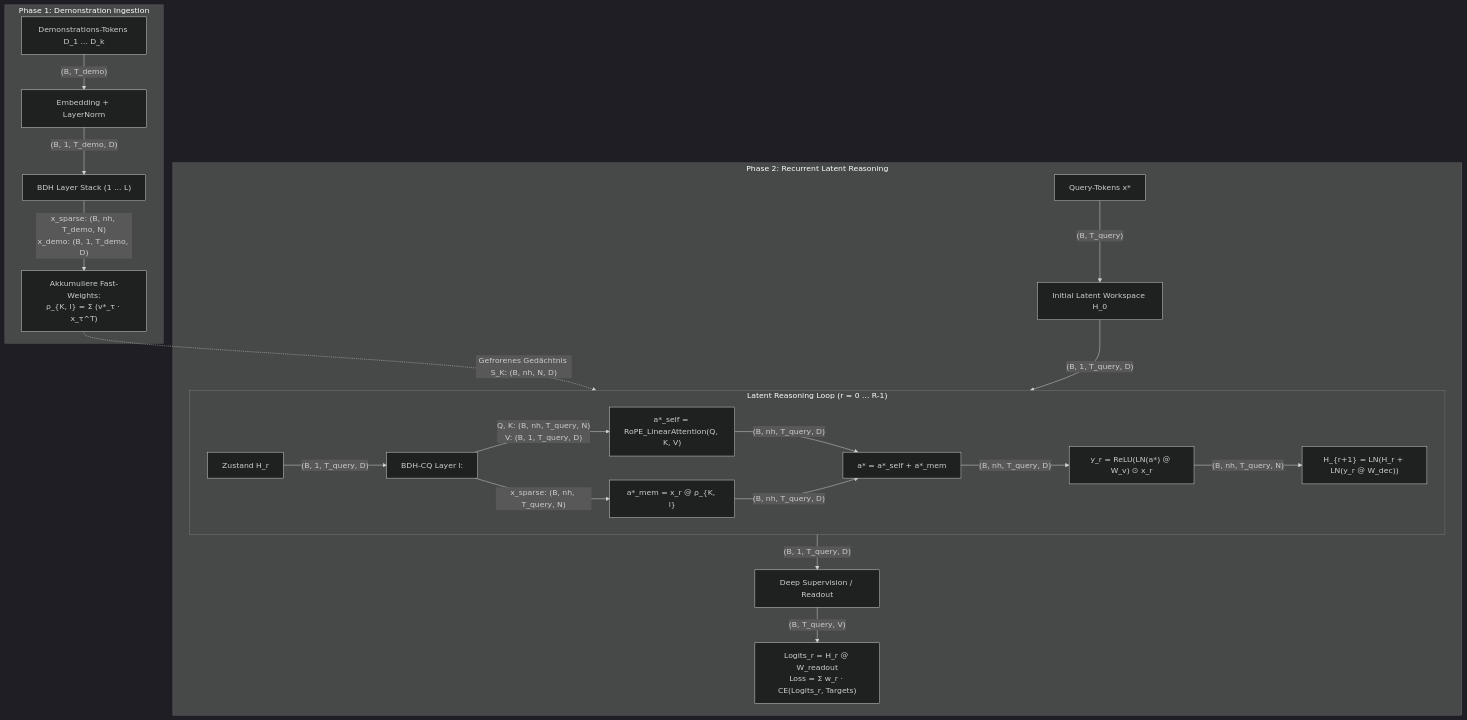
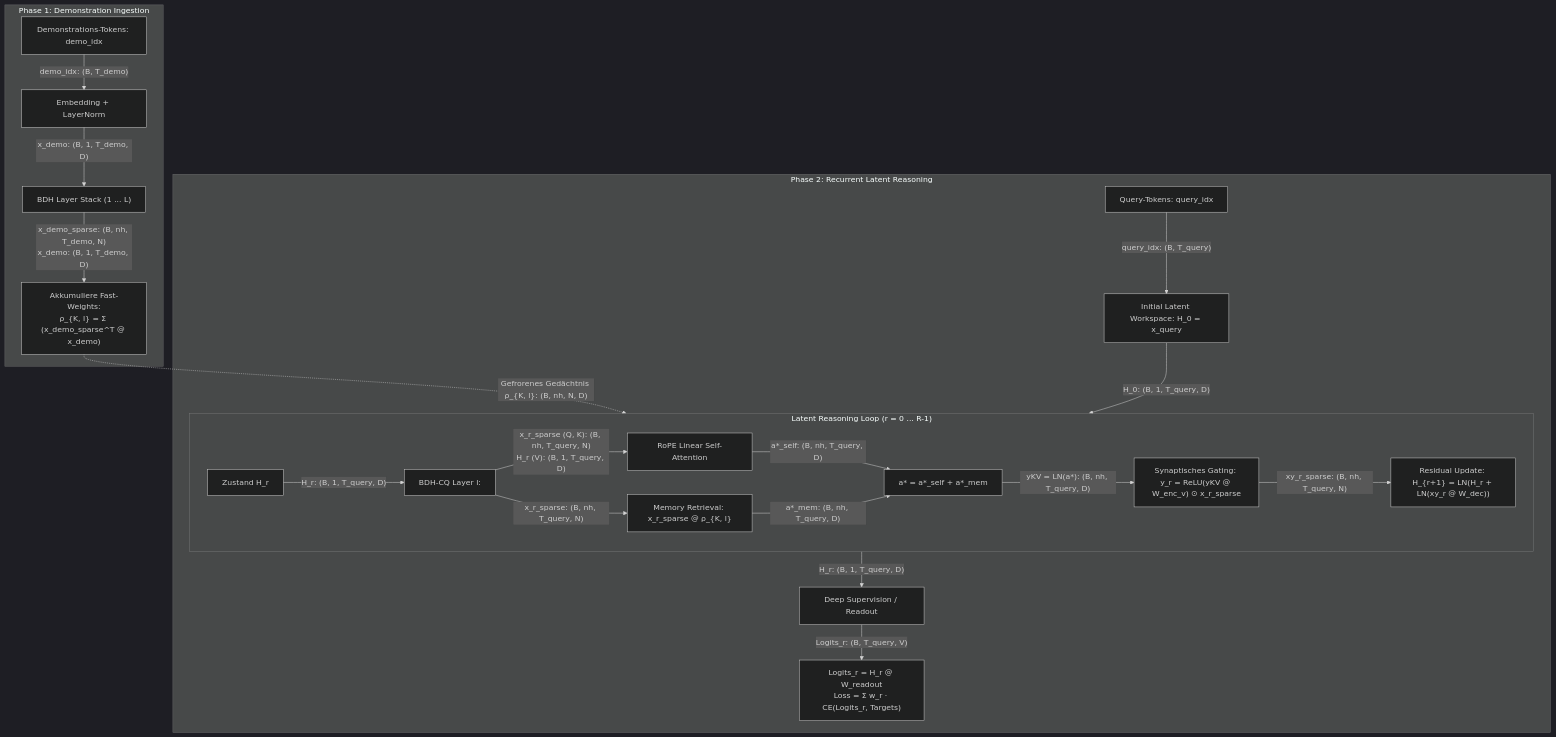
The diagram in docs/obsidian/BDH/Modelle/BDH-CQ - Contextual Query.md (eberlful/BDH), drawn with Mermaid (dark theme) before and after one commit. The commit also changed 7 other files, not shown here.

Commit message:
feat: initialize continual learning development environment and refactor model architecture to include GPT support

````diff
--- a/docs/obsidian/BDH/Modelle/BDH-CQ - Contextual Query.md
+++ b/docs/obsidian/BDH/Modelle/BDH-CQ - Contextual Query.md
@@ -29,27 +29,27 @@
 ```mermaid
 graph TD
     subgraph Phase 1: Demonstration Ingestion
-        D["Demonstrations-Tokens D_1 ... D_k"] -->|"(B, T_demo)"| EmbedD["Embedding + LayerNorm"]
-        EmbedD -->|"(B, 1, T_demo, D)"| BDHStack["BDH Layer Stack (1 ... L)"]
-        BDHStack -->|"x_sparse: (B, nh, T_demo, N)<br>x_demo: (B, 1, T_demo, D)"| FastWeights["Akkumuliere Fast-Weights:<br>ρ_{K, l} = Σ (v*_τ · x_τ^T)"]
+        D["Demonstrations-Tokens: demo_idx"] -->|"demo_idx: (B, T_demo)"| EmbedD["Embedding + LayerNorm"]
+        EmbedD -->|"x_demo: (B, 1, T_demo, D)"| BDHStack["BDH Layer Stack (1 ... L)"]
+        BDHStack -->|"x_demo_sparse: (B, nh, T_demo, N)<br>x_demo: (B, 1, T_demo, D)"| FastWeights["Akkumuliere Fast-Weights:<br>ρ_{K, l} = Σ (x_demo_sparse^T @ x_demo)"]
     end
 
     subgraph Phase 2: Recurrent Latent Reasoning
-        Q["Query-Tokens x*"] -->|"(B, T_query)"| H0["Initial Latent Workspace H_0"]
-        FastWeights -.->|"Gefrorenes Gedächtnis S_K: (B, nh, N, D)"| Loop
+        Q["Query-Tokens: query_idx"] -->|"query_idx: (B, T_query)"| H0["Initial Latent Workspace: H_0 = x_query"]
+        FastWeights -.->|"Gefrorenes Gedächtnis ρ_{K, l}: (B, nh, N, D)"| Loop
         
         subgraph Loop ["Latent Reasoning Loop (r = 0 ... R-1)"]
-            H_in["Zustand H_r"] -->|"(B, 1, T_query, D)"| LayerL["BDH-CQ Layer l:"]
-            LayerL -->|"Q, K: (B, nh, T_query, N)<br>V: (B, 1, T_query, D)"| SelfAttn["a*_self = RoPE_LinearAttention(Q, K, V)"]
-            LayerL -->|"x_sparse: (B, nh, T_query, N)"| MemAttn["a*_mem = x_r @ ρ_{K, l}"]
-            SelfAttn -->|"(B, nh, T_query, D)"| Combine["a* = a*_self + a*_mem"]
-            MemAttn -->|"(B, nh, T_query, D)"| Combine
-            Combine -->|"(B, nh, T_query, D)"| Gating["y_r = ReLU(LN(a*) @ W_v) ⊙ x_r"]
-            Gating -->|"(B, nh, T_query, N)"| Upd["H_{r+1} = LN(H_r + LN(y_r @ W_dec))"]
+            H_in["Zustand H_r"] -->|"H_r: (B, 1, T_query, D)"| LayerL["BDH-CQ Layer l:"]
+            LayerL -->|"x_r_sparse (Q, K): (B, nh, T_query, N)<br>H_r (V): (B, 1, T_query, D)"| SelfAttn["RoPE Linear Self-Attention"]
+            LayerL -->|"x_r_sparse: (B, nh, T_query, N)"| MemAttn["Memory Retrieval: x_r_sparse @ ρ_{K, l}"]
+            SelfAttn -->|"a*_self: (B, nh, T_query, D)"| Combine["a* = a*_self + a*_mem"]
+            MemAttn -->|"a*_mem: (B, nh, T_query, D)"| Combine
+            Combine -->|"yKV = LN(a*): (B, nh, T_query, D)"| Gating["Synaptisches Gating: y_r = ReLU(yKV @ W_enc_v) ⊙ x_r_sparse"]
+            Gating -->|"xy_r_sparse: (B, nh, T_query, N)"| Upd["Residual Update: H_{r+1} = LN(H_r + LN(xy_r @ W_dec))"]
         end
         
-        H0 -->|"(B, 1, T_query, D)"| Loop
-        Loop -->|"(B, 1, T_query, D)"| DeepSup["Deep Supervision / Readout"]
-        DeepSup -->|"(B, T_query, V)"| Out["Logits_r = H_r @ W_readout<br>Loss = Σ w_r · CE(Logits_r, Targets)"]
+        H0 -->|"H_0: (B, 1, T_query, D)"| Loop
+        Loop -->|"H_r: (B, 1, T_query, D)"| DeepSup["Deep Supervision / Readout"]
+        DeepSup -->|"Logits_r: (B, T_query, V)"| Out["Logits_r = H_r @ W_readout<br>Loss = Σ w_r · CE(Logits_r, Targets)"]
     end
 ```
````
